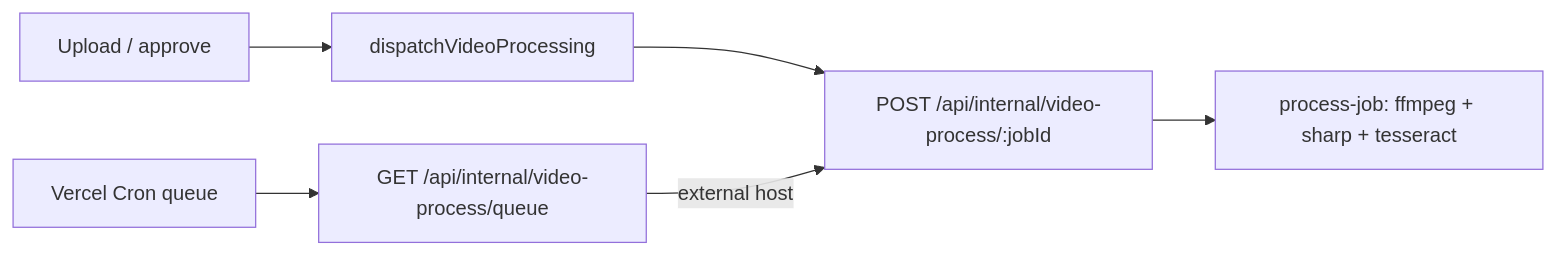
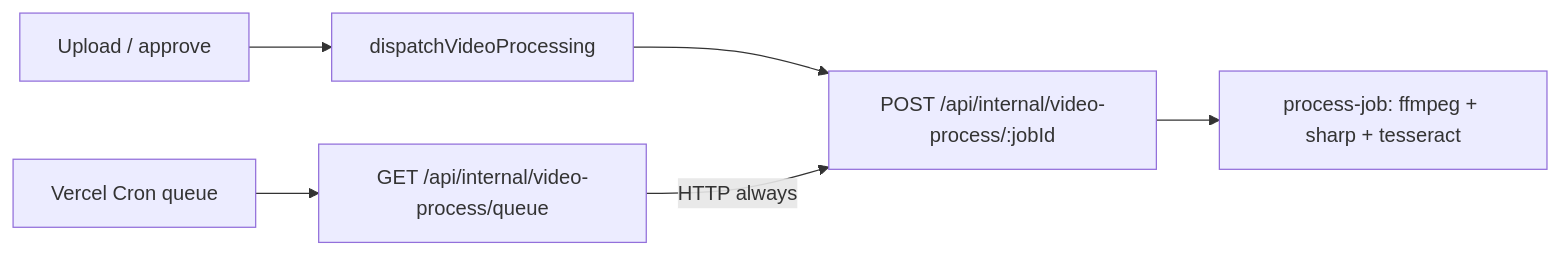
One commit to Launchframe/alliance-hq changed the diagram in docs/guides/video-external-worker.md. Above: the diagram before and after it, drawn with Mermaid. The commit also changed other lines of this file and 7 other files, not shown here.

````diff
--- a/docs/guides/video-external-worker.md
+++ b/docs/guides/video-external-worker.md
@@ -7,8 +16,8 @@
 ```mermaid
 flowchart LR
   upload[Upload / approve] --> trigger[dispatchVideoProcessing]
   trigger --> jobRoute["POST /api/internal/video-process/:jobId"]
   cron[Vercel Cron queue] --> queueRoute["GET /api/internal/video-process/queue"]
-  queueRoute -->|external host| jobRoute
+  queueRoute -->|HTTP always| jobRoute
   jobRoute --> pipeline[process-job: ffmpeg + sharp + tesseract]
 ```
````
